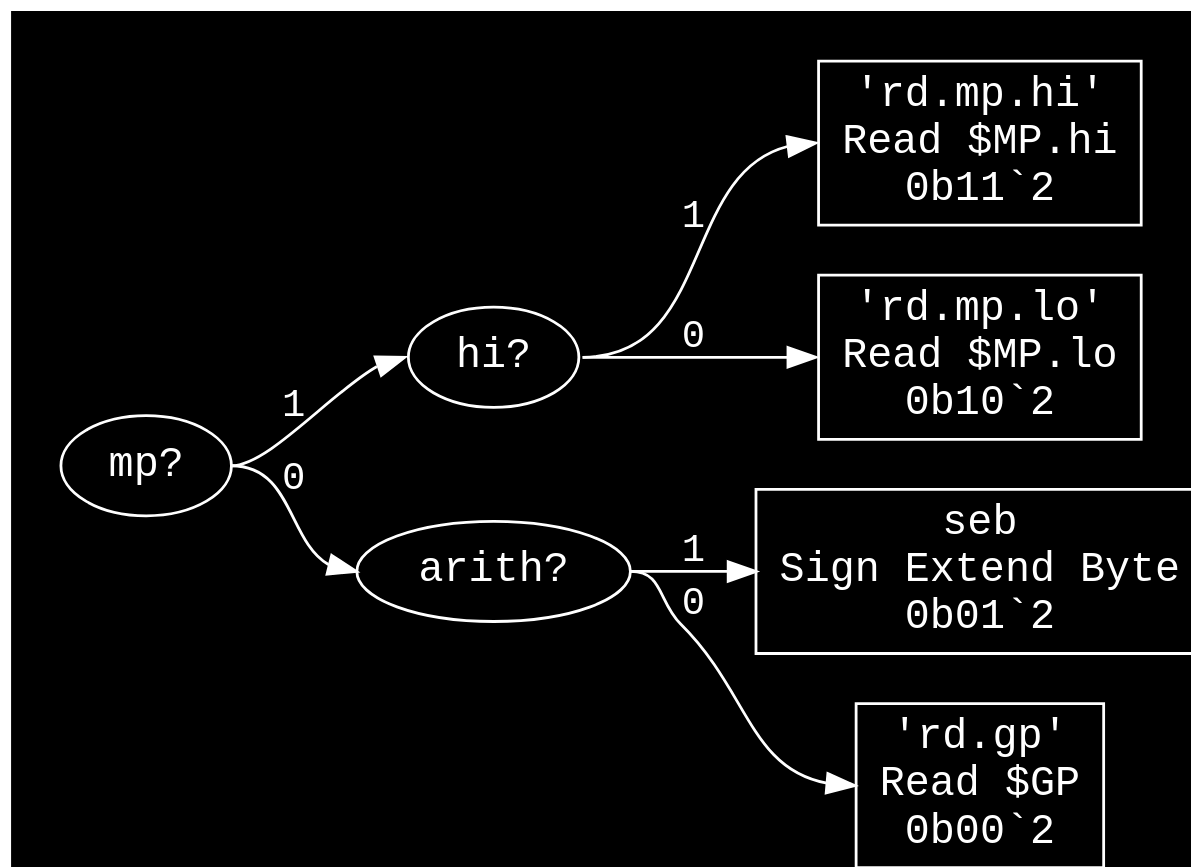
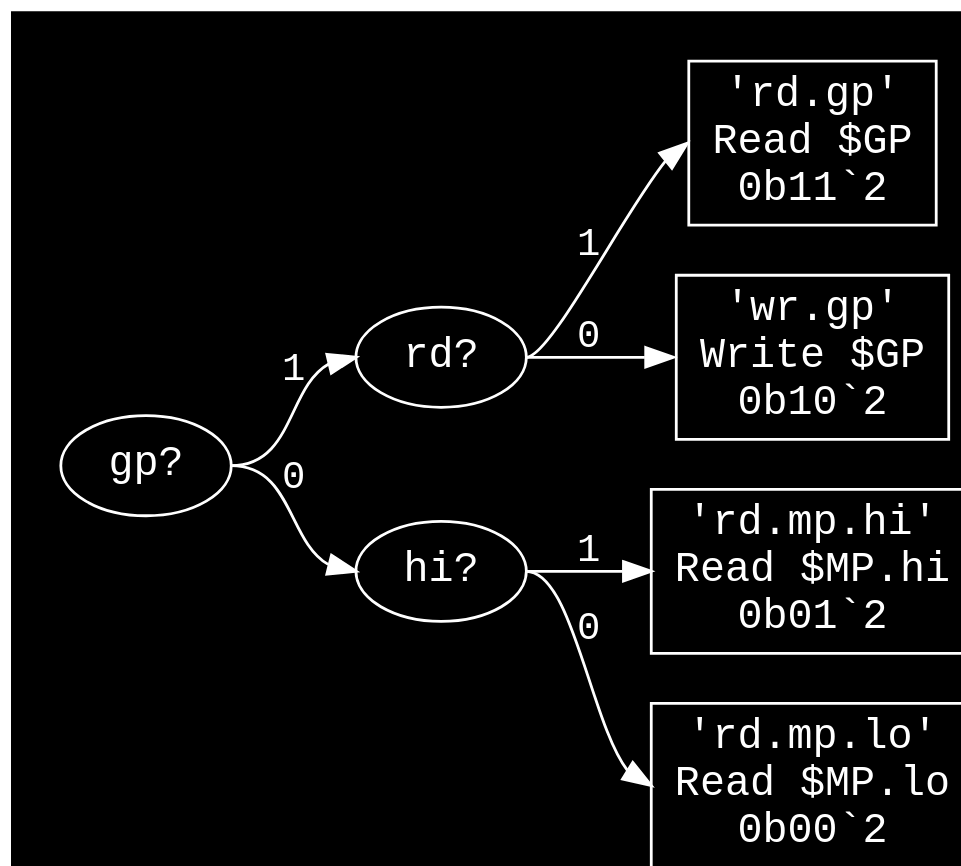
One commit to eignnx/SPRIND changed the diagram in assets/graphs/r(2).dot. Above: the diagram before and after it, drawn with Graphviz. The commit also changed 10 other files, not shown here.

```diff
--- a/assets/graphs/r(2).dot
+++ b/assets/graphs/r(2).dot
@@ -1,18 +1,18 @@
 digraph "Format r(2)" {
   graph [dpi = 100, bgcolor="#111", fontcolor="white", rankdir=LR, pad="0.25"];
   node [fontname = "Courier", fontsize="15pt", color="white", fontcolor="white"];
   edge [fontname = "Courier", color="white", fontcolor="white"];
-  "mp_13043438" [label = "mp?", shape = ellipse];
-  "mp_13043438":e -> "hi_11502045":w [label = "1"];
-  "mp_13043438":e -> "arith_15716011":w [label = "0"];
+  "gp_13166642" [label = "gp?", shape = ellipse];
+  "gp_13166642":e -> "rd_12396995":w [label = "1"];
+  "gp_13166642":e -> "hi_11502045":w [label = "0"];
+  "rd_12396995" [label = "rd?", shape = ellipse];
+  "rd_12396995":e -> "'rd.gp'_7170807":w [label = "1"];
+  "rd_12396995":e -> "'wr.gp'_5110024":w [label = "0"];
+  "'rd.gp'_7170807" [label = "'rd.gp'\nRead $GP\n0b11`2", shape = rectangle];
+  "'wr.gp'_5110024" [label = "'wr.gp'\nWrite $GP\n0b10`2", shape = rectangle];
   "hi_11502045" [label = "hi?", shape = ellipse];
   "hi_11502045":e -> "'rd.mp.hi'_6753187":w [label = "1"];
   "hi_11502045":e -> "'rd.mp.lo'_9626836":w [label = "0"];
-  "'rd.mp.hi'_6753187" [label = "'rd.mp.hi'\nRead $MP.hi\n0b11`2", shape = rectangle];
-  "'rd.mp.lo'_9626836" [label = "'rd.mp.lo'\nRead $MP.lo\n0b10`2", shape = rectangle];
-  "arith_15716011" [label = "arith?", shape = ellipse];
-  "arith_15716011":e -> "seb_8359608":w [label = "1"];
-  "arith_15716011":e -> "'rd.gp'_7170807":w [label = "0"];
-  "seb_8359608" [label = "seb\nSign Extend Byte\n0b01`2", shape = rectangle];
-  "'rd.gp'_7170807" [label = "'rd.gp'\nRead $GP\n0b00`2", shape = rectangle];
+  "'rd.mp.hi'_6753187" [label = "'rd.mp.hi'\nRead $MP.hi\n0b01`2", shape = rectangle];
+  "'rd.mp.lo'_9626836" [label = "'rd.mp.lo'\nRead $MP.lo\n0b00`2", shape = rectangle];
 }
```
